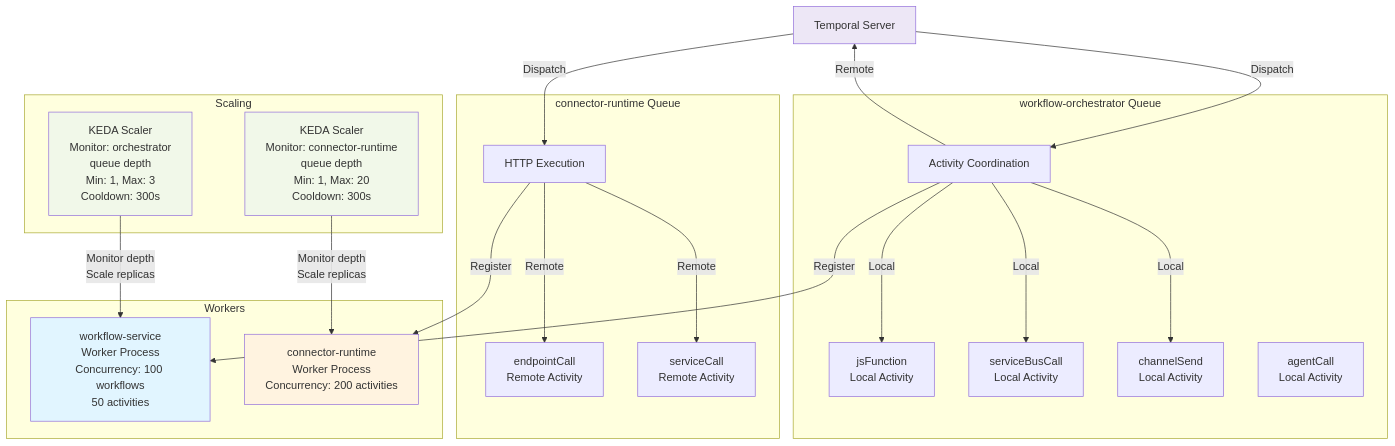
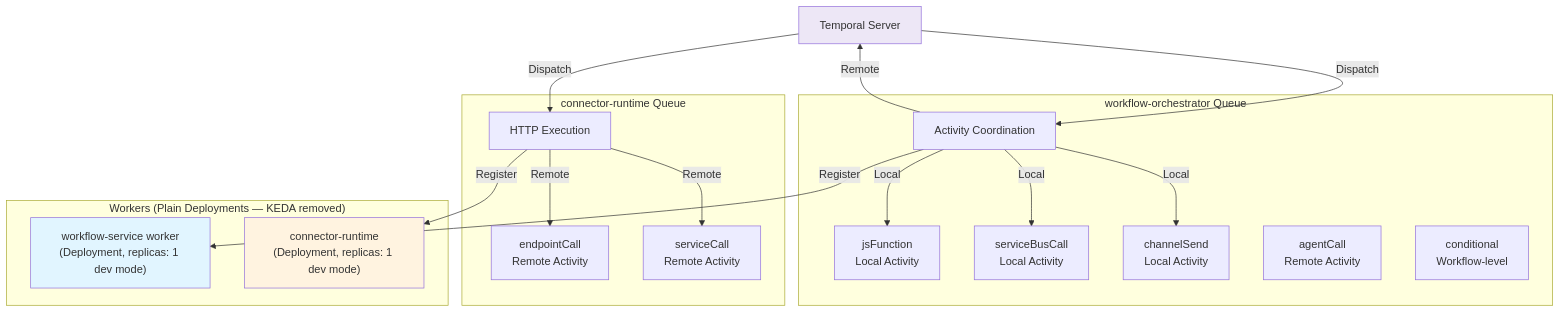
One commit to ccarnero/colloqui changed the fifth of 9 diagrams in DOCS/11-SERVICE-ARCHITECTURE-DIAGRAM.md. Above: the diagram before and after it, drawn with Mermaid. The commit also changed other lines of this file and 857 other files, not shown here.

````diff
--- a/DOCS/11-SERVICE-ARCHITECTURE-DIAGRAM.md
+++ b/DOCS/11-SERVICE-ARCHITECTURE-DIAGRAM.md
@@ -266,50 +266,41 @@
 ```mermaid
 graph TB
     TEMPORAL["Temporal Server"]
     
     subgraph "workflow-orchestrator Queue"
         COORD["Activity Coordination"]
         JS["jsFunction<br/>Local Activity"]
         SB["serviceBusCall<br/>Local Activity"]
         CH["channelSend<br/>Local Activity"]
-        AG["agentCall<br/>Local Activity"]
+        AG["agentCall<br/>Remote Activity"]
+        COND["conditional<br/>Workflow-level"]
     end
     
     subgraph "connector-runtime Queue"
         HTTP["HTTP Execution"]
         EP["endpointCall<br/>Remote Activity"]
         SC["serviceCall<br/>Remote Activity"]
     end
 
-    subgraph "Workers"
-        WFW["workflow-service<br/>Worker Process<br/>Concurrency: 100 workflows<br/>50 activities"]
-        HAW["connector-runtime<br/>Worker Process<br/>Concurrency: 200 activities"]
-    end
-
-    subgraph "Scaling"
-        KEDA_WF["KEDA Scaler<br/>Monitor: orchestrator<br/>queue depth<br/>Min: 1, Max: 3<br/>Cooldown: 300s"]
-        KEDA_HA["KEDA Scaler<br/>Monitor: connector-runtime<br/>queue depth<br/>Min: 1, Max: 20<br/>Cooldown: 300s"]
+    subgraph "Workers (Plain Deployments — KEDA removed)"
+        WFW["workflow-service worker<br/>(Deployment, replicas: 1 dev mode)"]
+        HAW["connector-runtime<br/>(Deployment, replicas: 1 dev mode)"]
     end
     
     TEMPORAL -->|Dispatch| COORD
     COORD -->|Local| JS
     COORD -->|Local| SB
     COORD -->|Local| CH
     COORD -->|Remote| TEMPORAL
     
     TEMPORAL -->|Dispatch| HTTP
     HTTP -->|Remote| EP
     HTTP -->|Remote| SC
     
     COORD -->|Register| WFW
     HTTP -->|Register| HAW
     
-    KEDA_WF -->|Monitor depth<br/>Scale replicas| WFW
-    KEDA_HA -->|Monitor depth<br/>Scale replicas| HAW
-    
     style TEMPORAL fill:#ede7f6
     style WFW fill:#e1f5ff
     style HAW fill:#fff3e0
-    style KEDA_WF fill:#f1f8e9
-    style KEDA_HA fill:#f1f8e9
 ```
````
